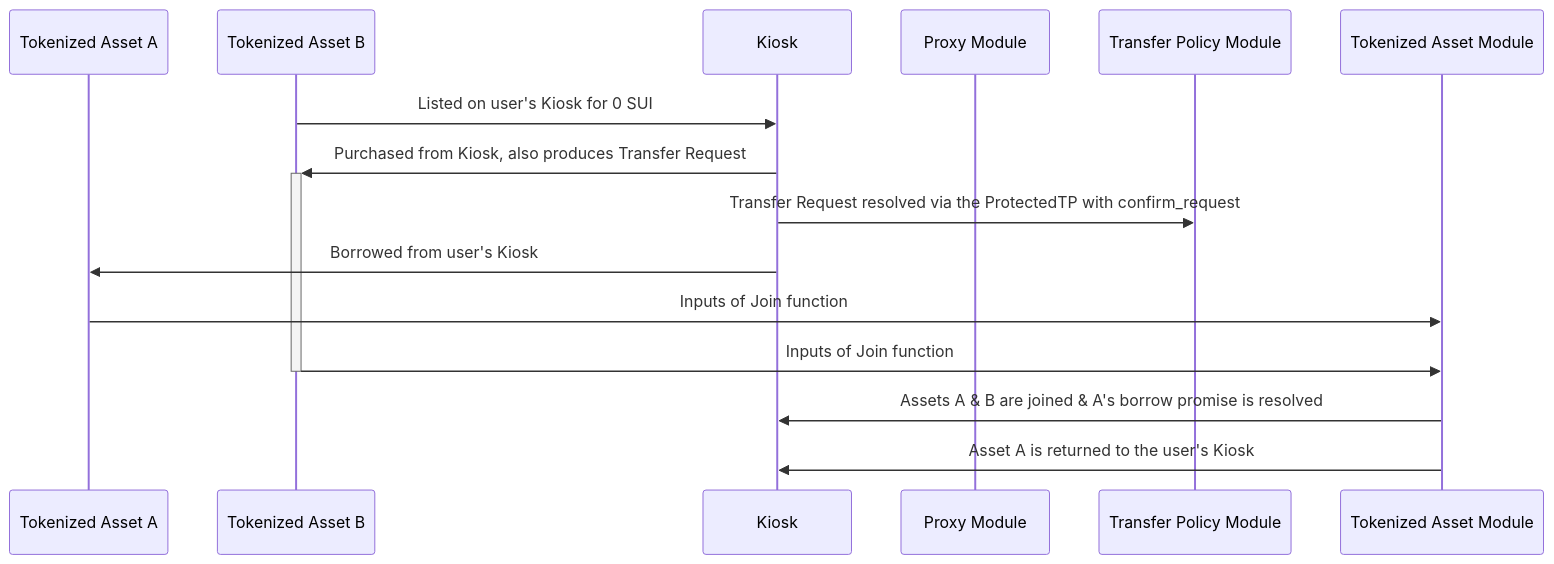
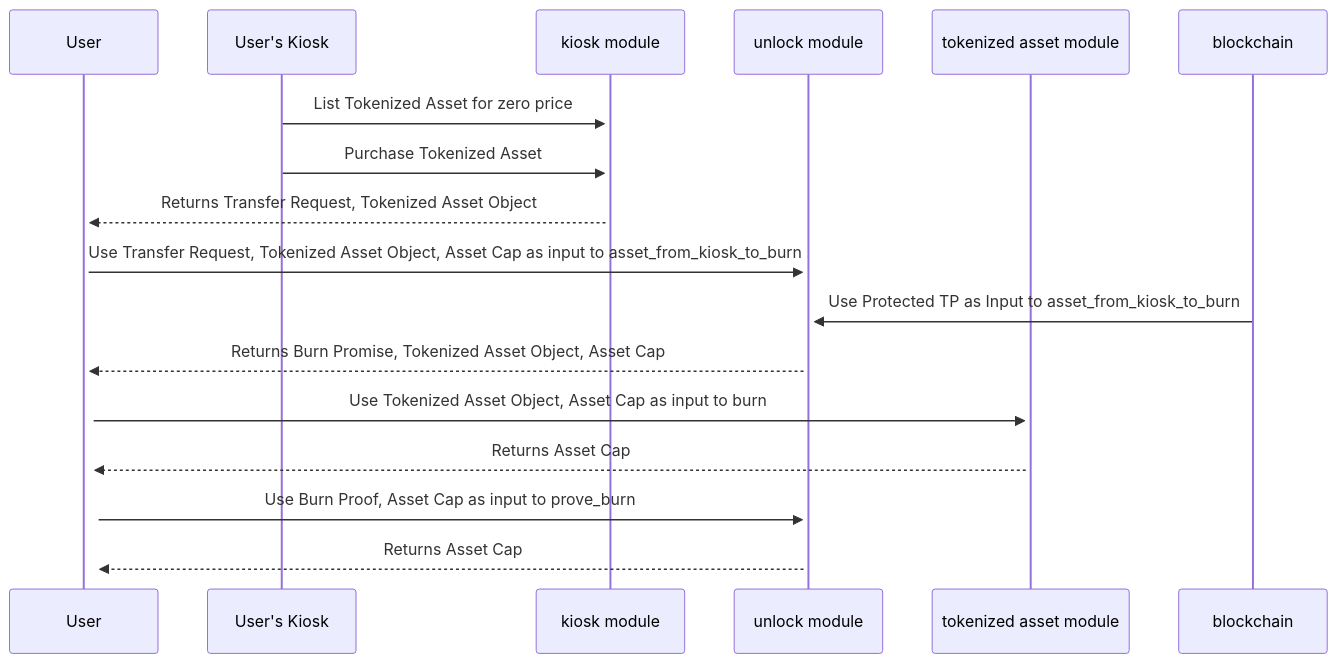
One commit to MystenLabs/sui changed the second of 3 diagrams in docs/content/guides/developer/advanced/asset-tokenization.mdx. Above: the diagram before and after it, drawn with Mermaid. The commit also changed other lines of this file, not shown here.

````diff
--- a/docs/content/guides/developer/advanced/asset-tokenization.mdx
+++ b/docs/content/guides/developer/advanced/asset-tokenization.mdx
@@ -375,18 +495,20 @@
 ```mermaid
 sequenceDiagram
-    participant Tokenized Asset A;
-    participant Tokenized Asset B;
-    participant Kiosk;
-    participant Proxy Module;
-    participant Transfer Policy Module;
-    participant Tokenized Asset Module;
+    participant User;
+    participant User's Kiosk;
+    participant kiosk module;
+    participant unlock module;
+    participant tokenized asset module;
+    participant blockchain;
     
-    Tokenized Asset B ->> Kiosk: Listed on user's Kiosk for 0 SUI;
-    Kiosk ->>+ Tokenized Asset B: Purchased from Kiosk, also produces Transfer Request;
-    Kiosk ->> Transfer Policy Module: Transfer Request resolved via the ProtectedTP with confirm_request;
-    Kiosk ->> Tokenized Asset A: Borrowed from user's Kiosk;
-    Tokenized Asset A ->> Tokenized Asset Module: Inputs of Join function;
-    Tokenized Asset B ->>- Tokenized Asset Module:  Inputs of Join function;
-    Tokenized Asset Module ->> Kiosk: Assets A & B are joined & A's borrow promise is resolved;
-    Tokenized Asset Module ->> Kiosk: Asset A is returned to the user's Kiosk;
+User's Kiosk->>+kiosk module: List Tokenized Asset for zero price;
+User's Kiosk->>+kiosk module: Purchase Tokenized Asset;
+kiosk module-->>+User: Returns Transfer Request, Tokenized Asset Object;
+User->>+unlock module: Use Transfer Request, Tokenized Asset Object, Asset Cap as input to asset_from_kiosk_to_burn;
+blockchain->>+unlock module: Use Protected TP as Input to asset_from_kiosk_to_burn;
+unlock module-->>+User: Returns Burn Promise, Tokenized Asset Object, Asset Cap;
+User->>+tokenized asset module: Use Tokenized Asset Object, Asset Cap as input to burn;
+tokenized asset module-->>+User: Returns Asset Cap;
+User->>+unlock module: Use Burn Proof, Asset Cap as input to prove_burn;
+unlock module-->>+User: Returns Asset Cap;
 ```
````
